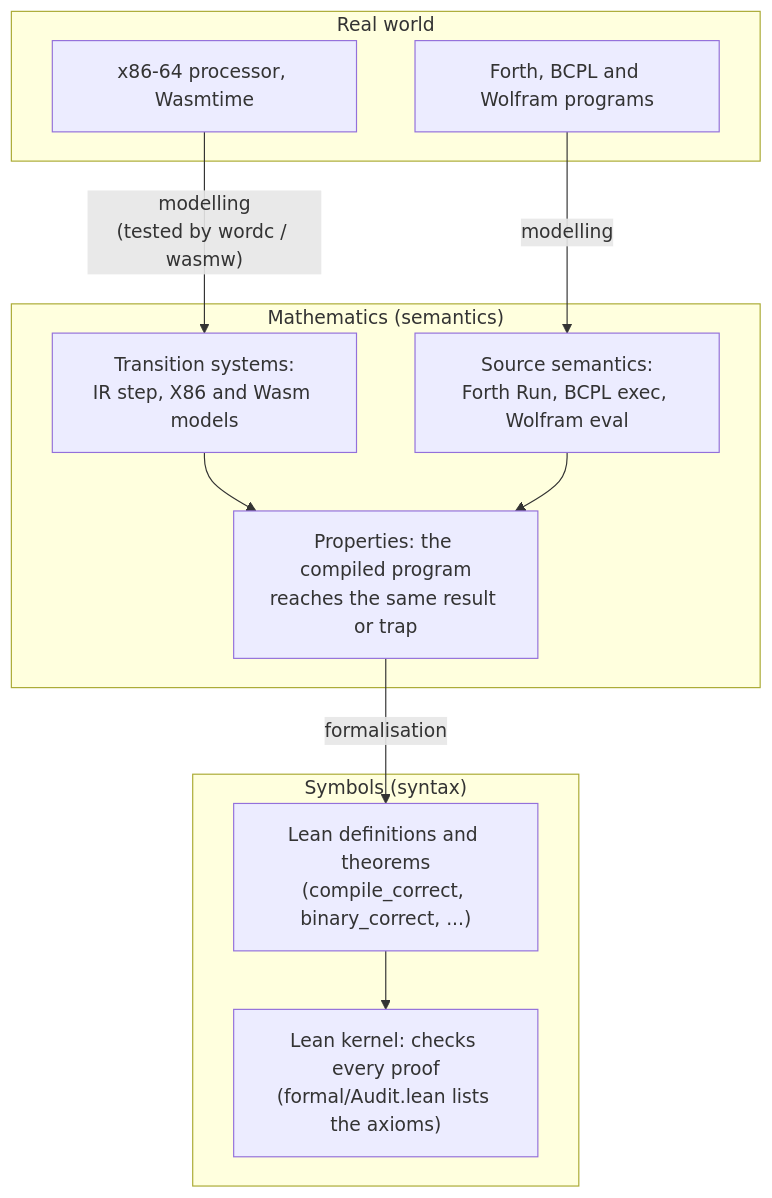
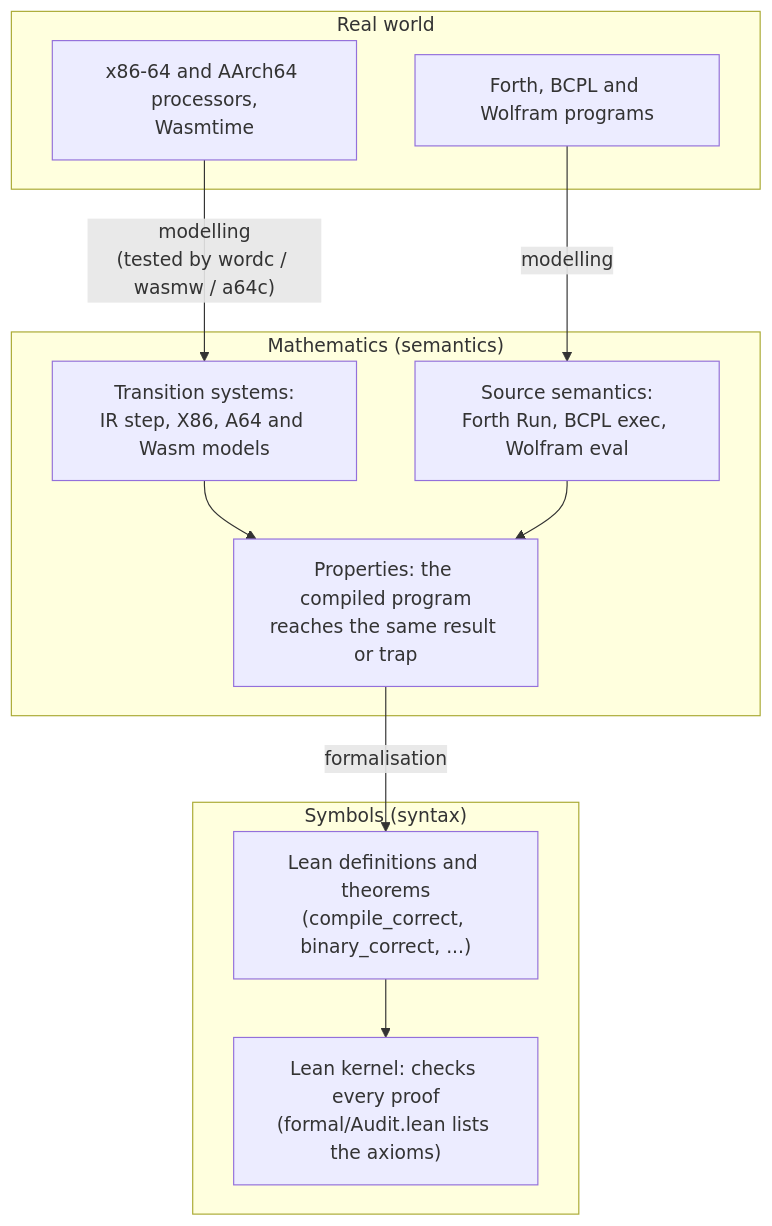
The second of 17 diagrams in docs/README.md (SNAPKITTYAGENT9NOVA/ai-free), drawn with Mermaid before and after one commit. The commit also changed other lines of this file and 28 other files, not shown here.

````diff
--- a/docs/README.md
+++ b/docs/README.md
@@ -70,22 +74,22 @@
 ```mermaid
 flowchart TB
   subgraph Real["Real world"]
-    R1["x86-64 processor, Wasmtime"]
+    R1["x86-64 and AArch64 processors,<br/>Wasmtime"]
     R2["Forth, BCPL and Wolfram programs"]
   end
   subgraph Math["Mathematics (semantics)"]
-    M1["Transition systems:<br/>IR step, X86 and Wasm models"]
+    M1["Transition systems:<br/>IR step, X86, A64 and Wasm models"]
     M2["Source semantics:<br/>Forth Run, BCPL exec, Wolfram eval"]
     M3["Properties: the compiled program<br/>reaches the same result or trap"]
   end
   subgraph Sym["Symbols (syntax)"]
     S1["Lean definitions and theorems<br/>(compile_correct, binary_correct, ...)"]
     S2["Lean kernel: checks every proof<br/>(formal/Audit.lean lists the axioms)"]
   end
-  R1 -->|"modelling<br/>(tested by wordc / wasmw)"| M1
+  R1 -->|"modelling<br/>(tested by wordc / wasmw / a64c)"| M1
   R2 -->|"modelling"| M2
   M1 --> M3
   M2 --> M3
   M3 -->|"formalisation"| S1
   S1 --> S2
 ```
````
